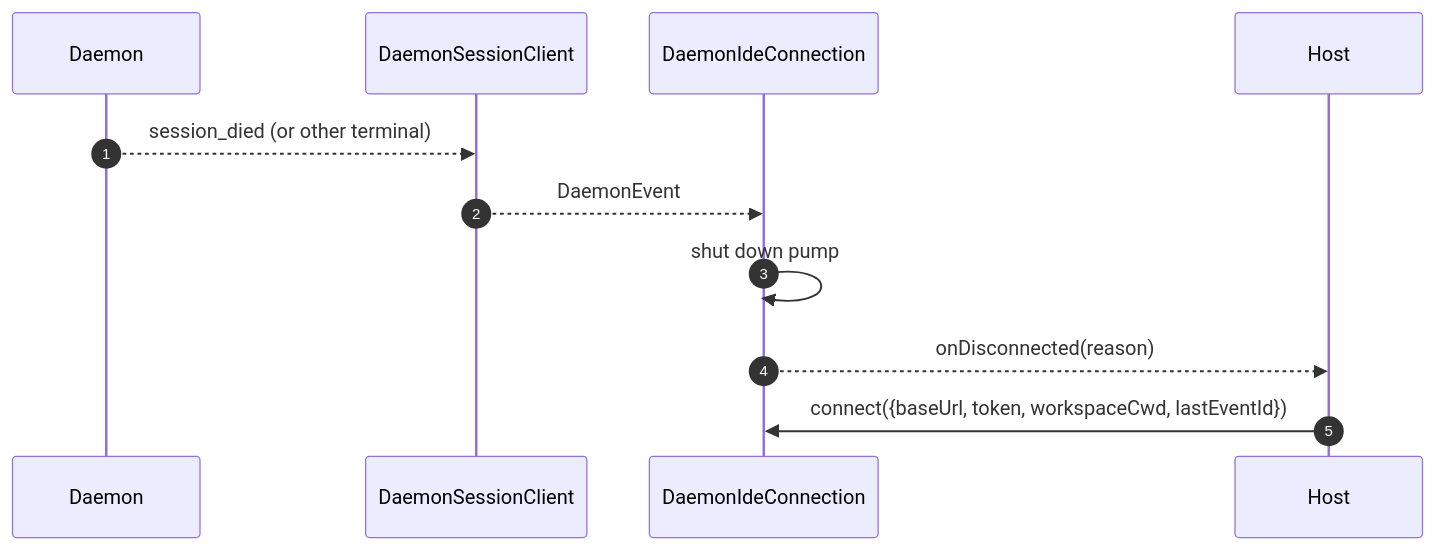
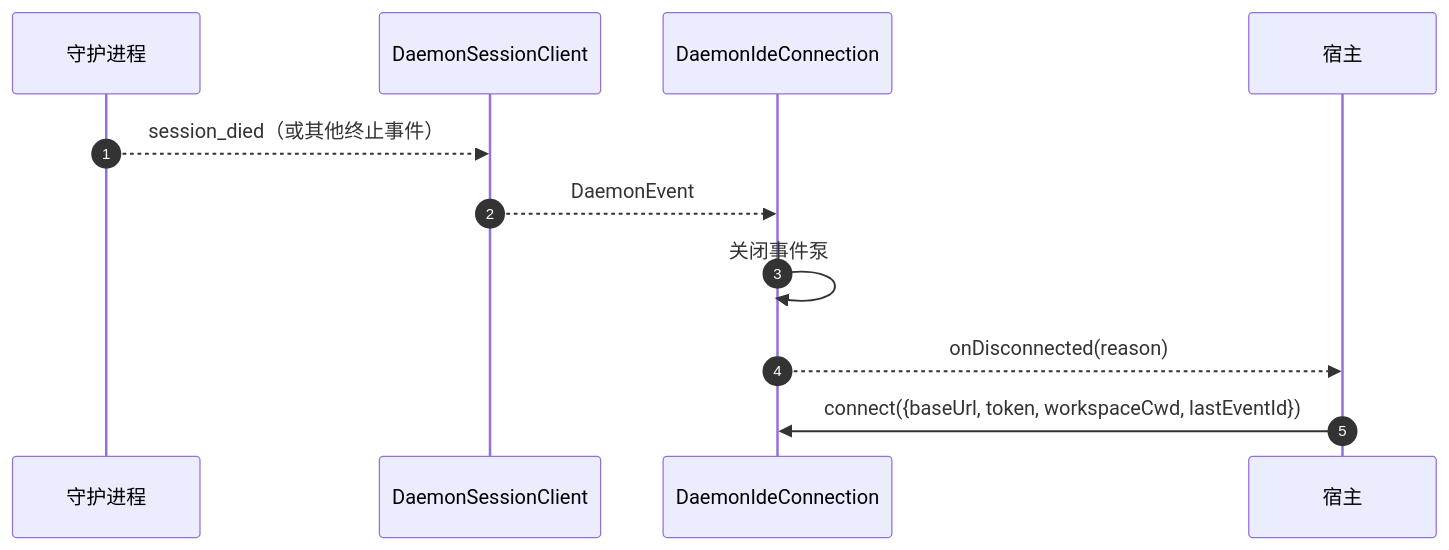
The third of 3 diagrams in website/content/zh/developers/daemon/16-vscode-ide-adapter.md (QwenLM/qwen-code-docs), drawn with Mermaid before and after one commit. The commit also changed other lines of this file and 1077 other files, not shown here.

````diff
--- a/website/content/zh/developers/daemon/16-vscode-ide-adapter.md
+++ b/website/content/zh/developers/daemon/16-vscode-ide-adapter.md
@@ -146,14 +146,14 @@
 ```mermaid
 sequenceDiagram
     autonumber
-    participant D as Daemon
+    participant D as 守护进程
     participant SDK as DaemonSessionClient
     participant C as DaemonIdeConnection
-    participant H as Host
+    participant H as 宿主
 
-    D-->>SDK: session_died (or other terminal)
+    D-->>SDK: session_died（或其他终止事件）
     SDK-->>C: DaemonEvent
-    C->>C: shut down pump
+    C->>C: 关闭事件泵
     C-->>H: onDisconnected(reason)
     H->>C: connect({baseUrl, token, workspaceCwd, lastEventId})
 ```
````
